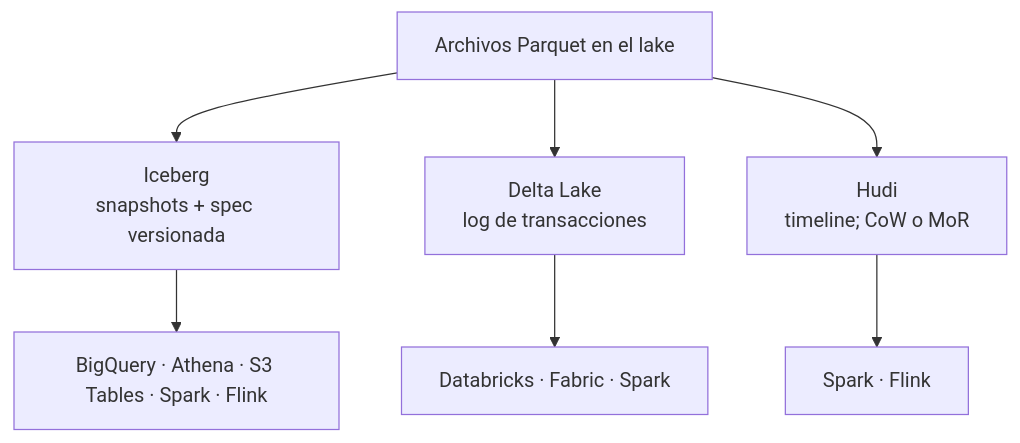
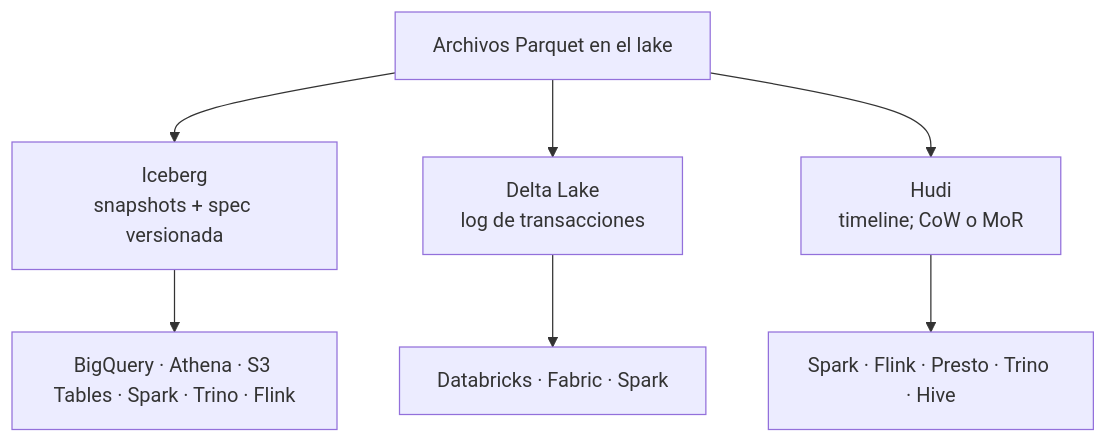
Before and after one commit to fcp4891/de-knowledge-hub: the diagram in content/concepts/table-format-comparison.md, drawn with Mermaid. The commit also changed other lines of this file and 8 other files, not shown here.

````diff
--- a/content/concepts/table-format-comparison.md
+++ b/content/concepts/table-format-comparison.md
@@ -190,10 +200,10 @@
 ```mermaid
 flowchart TB
   F["Archivos Parquet en el lake"]
   F --> I["Iceberg<br/>snapshots + spec versionada"]
   F --> D["Delta Lake<br/>log de transacciones"]
   F --> H["Hudi<br/>timeline; CoW o MoR"]
-  I --> E1["BigQuery · Athena · S3 Tables · Spark · Flink"]
+  I --> E1["BigQuery · Athena · S3 Tables · Spark · Trino · Flink"]
   D --> E2["Databricks · Fabric · Spark"]
-  H --> E3["Spark · Flink"]
+  H --> E3["Spark · Flink · Presto · Trino · Hive"]
 ```
````
